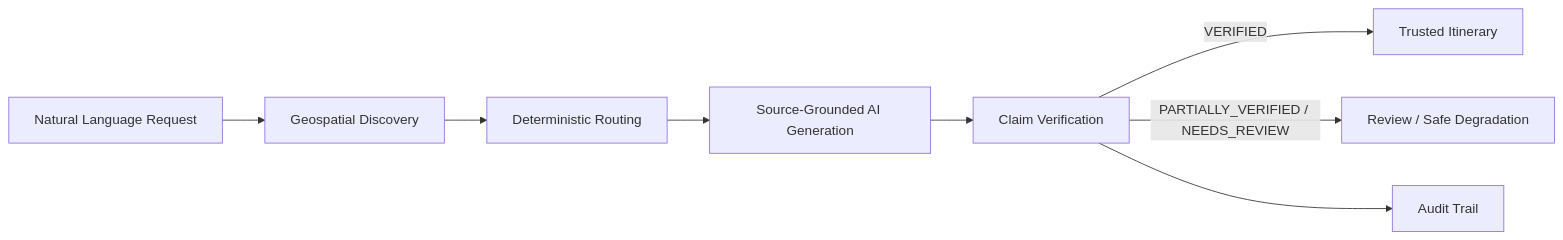
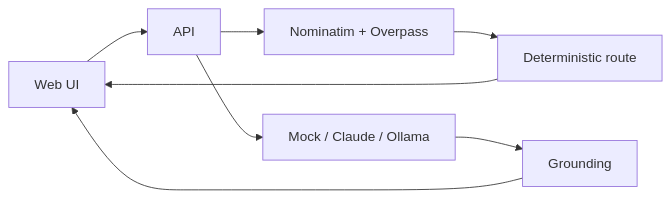
Before and after one commit to Jithin-J-Nair/Trail-Forge: the diagram in README.md, drawn with Mermaid. The commit also changed other lines of this file and 124 other files, not shown here.

````diff
--- a/README.md
+++ b/README.md
@@ -93,10 +19,10 @@
 ```mermaid
 flowchart LR
-  Q[Natural Language Request] --> D[Geospatial Discovery]
-  D --> R[Deterministic Routing]
-  R --> A[Source-Grounded AI Generation]
-  A --> V[Claim Verification]
-  V -->|VERIFIED| I[Trusted Itinerary]
-  V -->|PARTIALLY_VERIFIED / NEEDS_REVIEW| Review[Review / Safe Degradation]
-  V --> Audit[Audit Trail]
+  Web[Web UI] --> API
+  API --> OSM[Nominatim + Overpass]
+  API --> LLM[Mock / Claude / Ollama]
+  LLM --> Ground[Grounding]
+  OSM --> Route[Deterministic route]
+  Ground --> Web
+  Route --> Web
 ```
````
